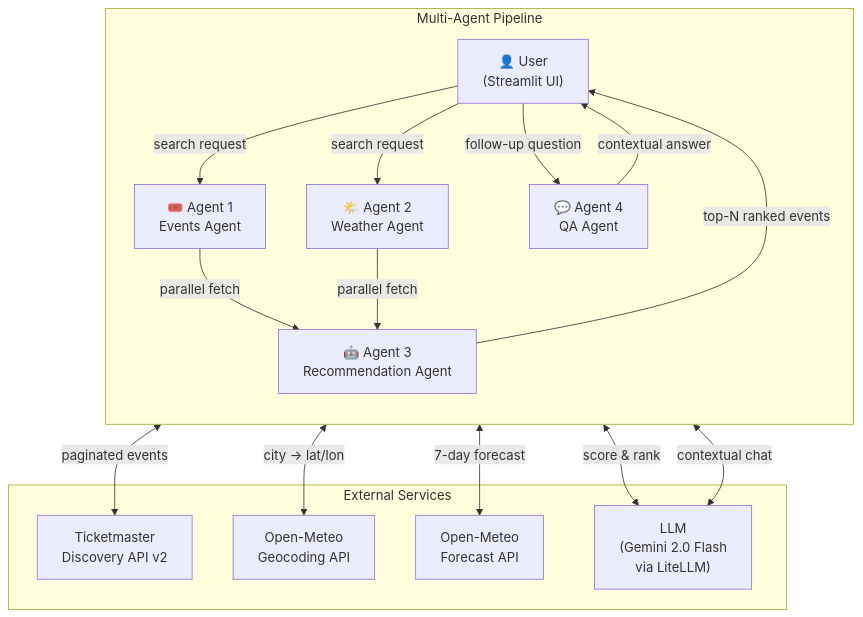
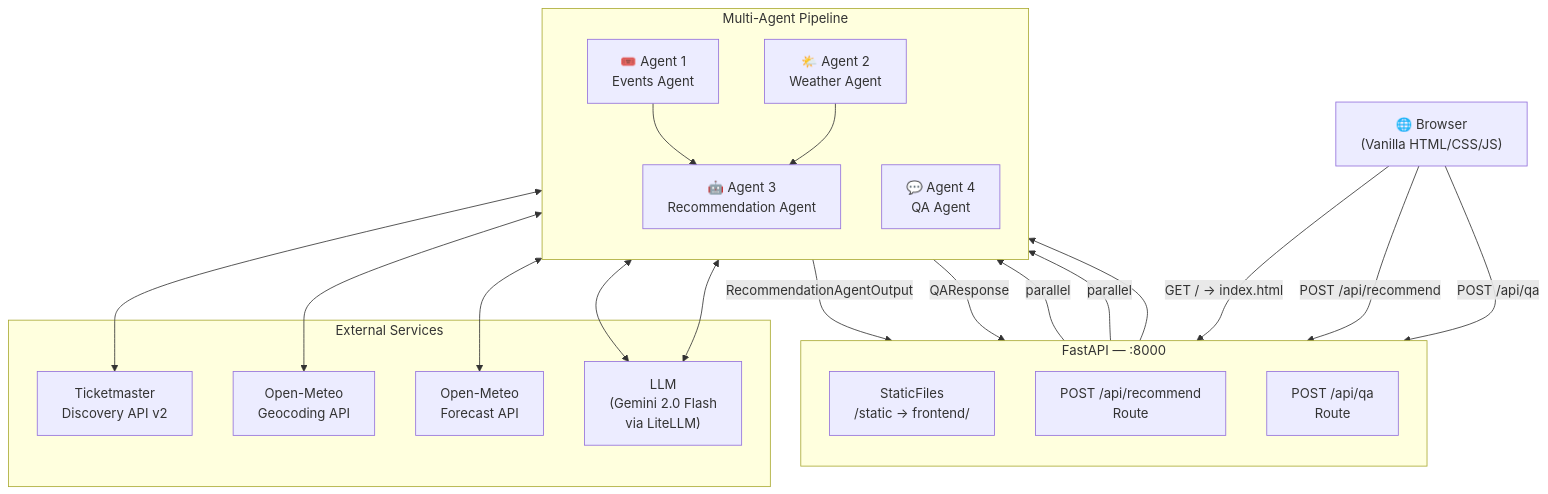
One commit to ritwiksharan/event-recommendor changed the first of 9 diagrams in README.md. Above: the diagram before and after it, drawn with Mermaid. The commit also changed other lines of this file, not shown here.

````diff
--- a/README.md
+++ b/README.md
@@ -32,32 +34,44 @@
 ```mermaid
 flowchart TD
-    User["👤 User\n(Streamlit UI)"]
+    Browser["🌐 Browser\n(Vanilla HTML/CSS/JS)"]
 
-    subgraph Pipeline["Multi-Agent Pipeline"]
+    subgraph Server["FastAPI — :8000"]
+        direction TB
+        Static["StaticFiles\n/static → frontend/"]
+        R1["POST /api/recommend\nRoute"]
+        R2["POST /api/qa\nRoute"]
+    end
+
+    subgraph Agents["Multi-Agent Pipeline"]
         direction TB
         A1["🎟️ Agent 1\nEvents Agent"]
         A2["🌤️ Agent 2\nWeather Agent"]
         A3["🤖 Agent 3\nRecommendation Agent"]
         A4["💬 Agent 4\nQA Agent"]
-
-        A1 & A2 -->|parallel fetch| A3
-        A3 -->|top-N ranked events| User
-        User -->|follow-up question| A4
-        A4 -->|contextual answer| User
     end
 
     subgraph External["External Services"]
         TM["Ticketmaster\nDiscovery API v2"]
         GEO["Open-Meteo\nGeocoding API"]
         OM["Open-Meteo\nForecast API"]
         LLM["LLM\n(Gemini 2.0 Flash\nvia LiteLLM)"]
     end
 
-    User -->|search request| A1
-    User -->|search request| A2
-    A1 <-->|paginated events| TM
-    A2 <-->|city → lat/lon| GEO
-    A2 <-->|7-day forecast| OM
-    A3 <-->|score & rank| LLM
-    A4 <-->|contextual chat| LLM
+    Browser -- "GET / → index.html" --> Static
+    Browser -- "POST /api/recommend" --> R1
+    Browser -- "POST /api/qa" --> R2
+
+    R1 -->|parallel| A1
+    R1 -->|parallel| A2
+    A1 & A2 --> A3
+    R2 --> A4
+
+    A1 <--> TM
+    A2 <--> GEO
+    A2 <--> OM
+    A3 <--> LLM
+    A4 <--> LLM
+
+    A3 -->|RecommendationAgentOutput| R1
+    A4 -->|QAResponse| R2
 ```
````
